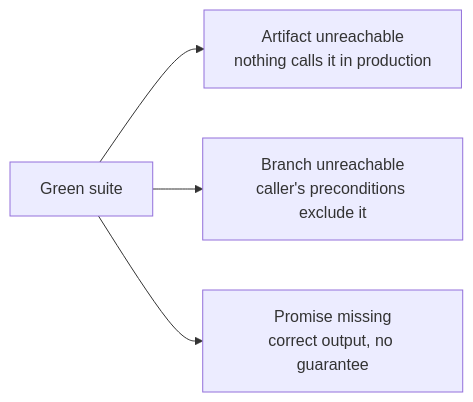
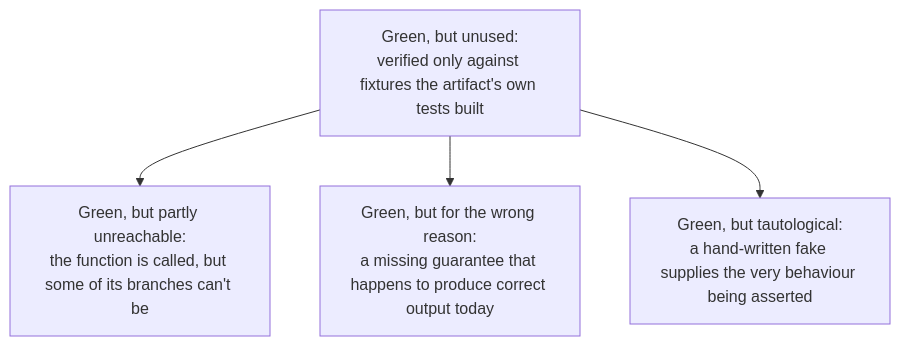
Before and after one commit to stemolly/wiki: the second of 3 diagrams in src/content/docs/engineering/testing.md, drawn with Mermaid. The commit also changed other lines of this file and 35 other files, not shown here.

````diff
--- a/src/content/docs/engineering/testing.md
+++ b/src/content/docs/engineering/testing.md
@@ -149,6 +82,6 @@
 ```mermaid
-graph LR
-    G["Green suite"] --> U["Artifact unreachable<br/>nothing calls it in production"]
-    G --> B["Branch unreachable<br/>caller's preconditions exclude it"]
-    G --> P["Promise missing<br/>correct output, no guarantee"]
+flowchart TD
+    A["Green, but unused:<br/>verified only against fixtures the artifact's own tests built"] --> B["Green, but partly unreachable:<br/>the function is called, but some of its branches can't be"]
+    A --> C["Green, but for the wrong reason:<br/>a missing guarantee that happens to produce correct output today"]
+    A --> D["Green, but tautological:<br/>a hand-written fake supplies the very behaviour being asserted"]
 ```
````
